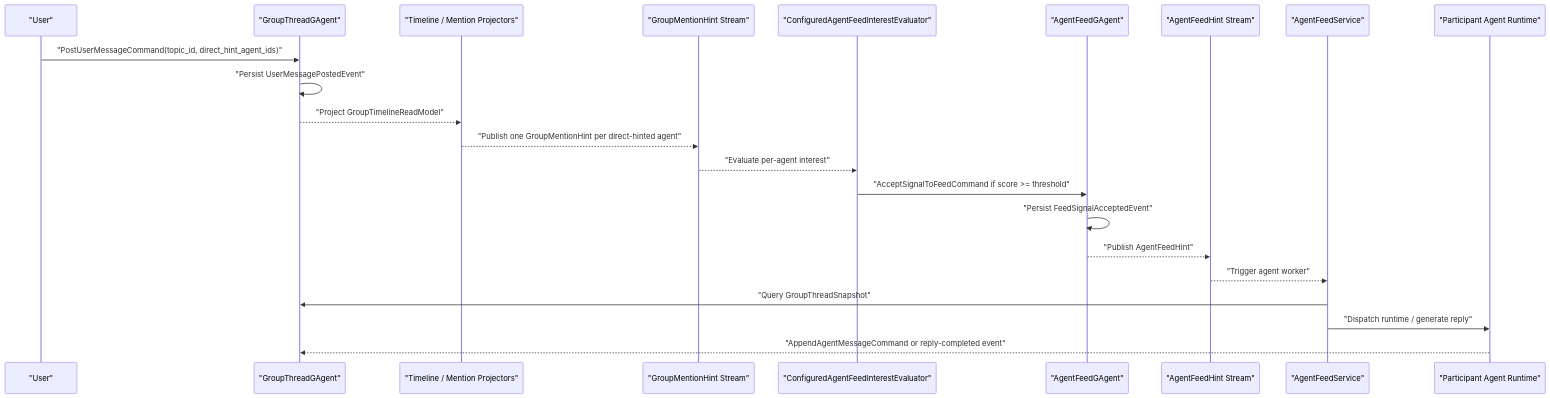
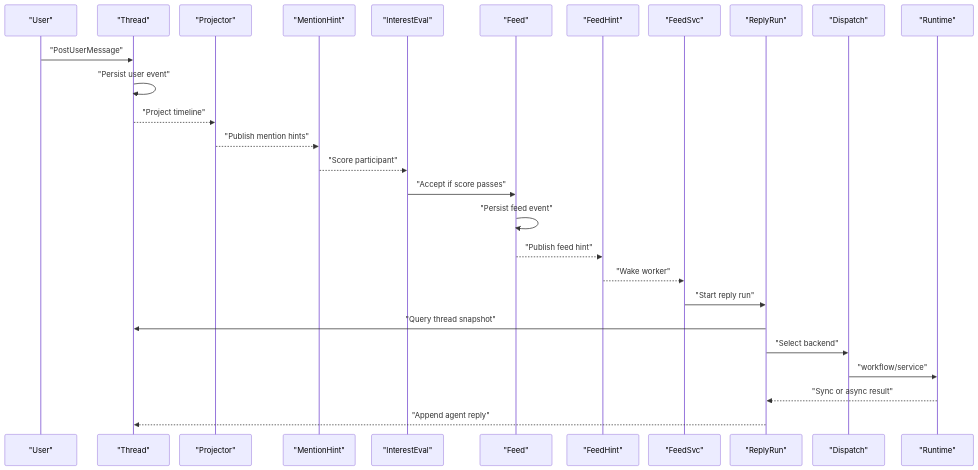
One commit to aevatarAI/aevatar changed the second of 4 diagrams in docs/architecture/2026-03-24-group-chat-multi-agent-attention-architecture.md. Above: the diagram before and after it, drawn with Mermaid. The commit also changed other lines of this file and 43 other files, not shown here.

Commit message:
Implement group chat reply runs and relay demo

````diff
--- a/docs/architecture/2026-03-24-group-chat-multi-agent-attention-architecture.md
+++ b/docs/architecture/2026-03-24-group-chat-multi-agent-attention-architecture.md
@@ -162,26 +245,31 @@
 ```mermaid
-%%{init: {"maxTextSize": 100000, "flowchart": {"useMaxWidth": false, "nodeSpacing": 10, "rankSpacing": 50}, "themeVariables": {"fontSize": "10px"}}}%%
+%%{init: {"maxTextSize": 100000, "sequence": {"actorMargin": 20, "messageMargin": 10, "diagramMarginX": 10, "diagramMarginY": 10}, "themeVariables": {"fontSize": "10px"}}}%%
 sequenceDiagram
     participant U as "User"
-    participant T as "GroupThreadGAgent"
-    participant TP as "Timeline / Mention Projectors"
-    participant H as "GroupMentionHint Stream"
-    participant E as "ConfiguredAgentFeedInterestEvaluator"
-    participant F as "AgentFeedGAgent"
-    participant FH as "AgentFeedHint Stream"
-    participant W as "AgentFeedService"
-    participant R as "Participant Agent Runtime"
+    participant T as "Thread"
+    participant TP as "Projector"
+    participant H as "MentionHint"
+    participant E as "InterestEval"
+    participant F as "Feed"
+    participant FH as "FeedHint"
+    participant W as "FeedSvc"
+    participant PR as "ReplyRun"
+    participant D as "Dispatch"
+    participant R as "Runtime"
 
-    U->>T: "PostUserMessageCommand(topic_id, direct_hint_agent_ids)"
-    T->>T: "Persist UserMessagePostedEvent"
-    T-->>TP: "Project GroupTimelineReadModel"
-    TP-->>H: "Publish one GroupMentionHint per direct-hinted agent"
-    H-->>E: "Evaluate per-agent interest"
-    E->>F: "AcceptSignalToFeedCommand if score >= threshold"
-    F->>F: "Persist FeedSignalAcceptedEvent"
-    F-->>FH: "Publish AgentFeedHint"
-    FH-->>W: "Trigger agent worker"
-    W->>T: "Query GroupThreadSnapshot"
-    W->>R: "Dispatch runtime / generate reply"
-    R-->>T: "AppendAgentMessageCommand or reply-completed event"
+    U->>T: "PostUserMessage"
+    T->>T: "Persist user event"
+    T-->>TP: "Project timeline"
+    TP-->>H: "Publish mention hints"
+    H-->>E: "Score participant"
+    E->>F: "Accept if score passes"
+    F->>F: "Persist feed event"
+    F-->>FH: "Publish feed hint"
+    FH-->>W: "Wake worker"
+    W->>PR: "Start reply run"
+    PR->>T: "Query thread snapshot"
+    PR->>D: "Select backend"
+    D->>R: "workflow/service"
+    R-->>PR: "Sync or async result"
+    PR-->>T: "Append agent reply"
 ```
````
